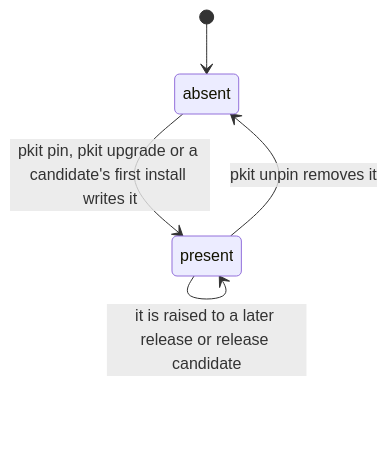
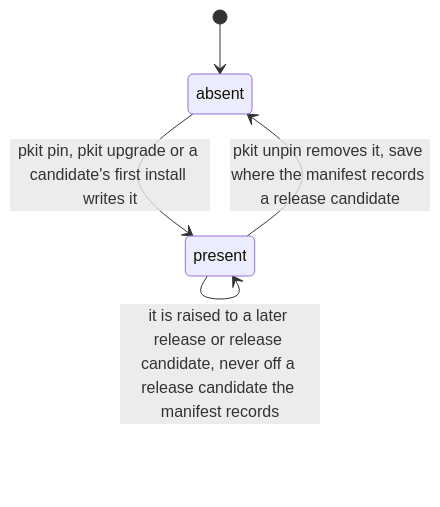
One commit to aleskalfas/project-kit changed the third of 3 diagrams in tech-docs/analysis/core/domain-model/050-a-projects-own-files.md. Above: the diagram before and after it, drawn with Mermaid. The commit also changed other lines of this file and 18 other files, not shown here.

First line of the commit message:
feat(lifecycle): a project on a release candidate moves to no other release

````diff
--- a/tech-docs/analysis/core/domain-model/050-a-projects-own-files.md
+++ b/tech-docs/analysis/core/domain-model/050-a-projects-own-files.md
@@ -268,9 +270,9 @@
 ```mermaid
 stateDiagram-v2
   accTitle: The states of a version pin
-  accDescr: A project has no pin until pkit pin or pkit upgrade writes one, or a first install run by a release candidate does. A pin may be raised to a later release or release candidate, and pkit unpin removes it.
+  accDescr: A project has no pin until pkit pin or pkit upgrade writes one, or a first install run by a release candidate does. A pin may be raised to a later release or release candidate, and pkit unpin removes it. Where the manifest records a release candidate, the pin is raised to no other release, and pkit unpin does not remove it.
   [*] --> absent
   absent --> present : pkit pin, pkit upgrade or a candidate's first install writes it
-  present --> present : it is raised to a later release or release candidate
-  present --> absent : pkit unpin removes it
+  present --> present : it is raised to a later release or release candidate, never off a release candidate the manifest records
+  present --> absent : pkit unpin removes it, save where the manifest records a release candidate
 ```
````
